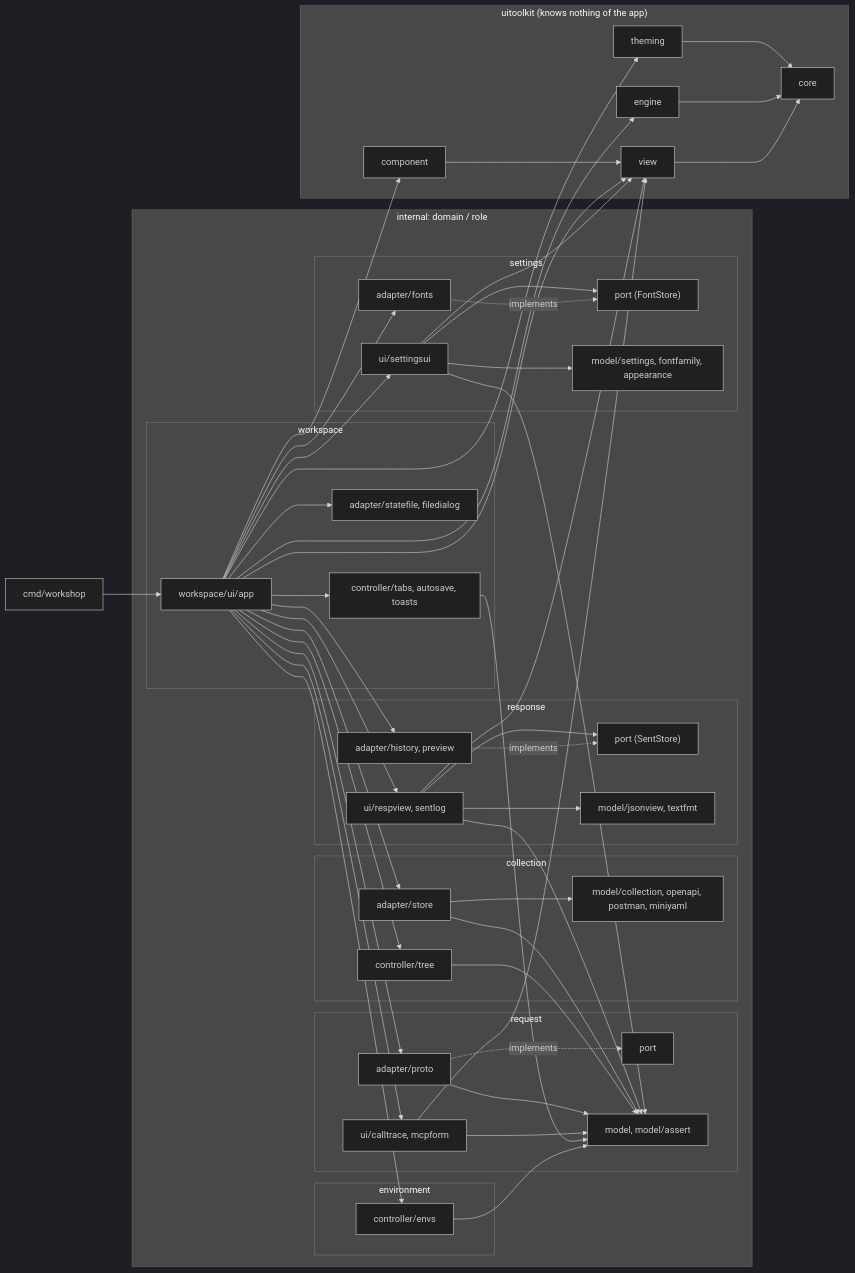
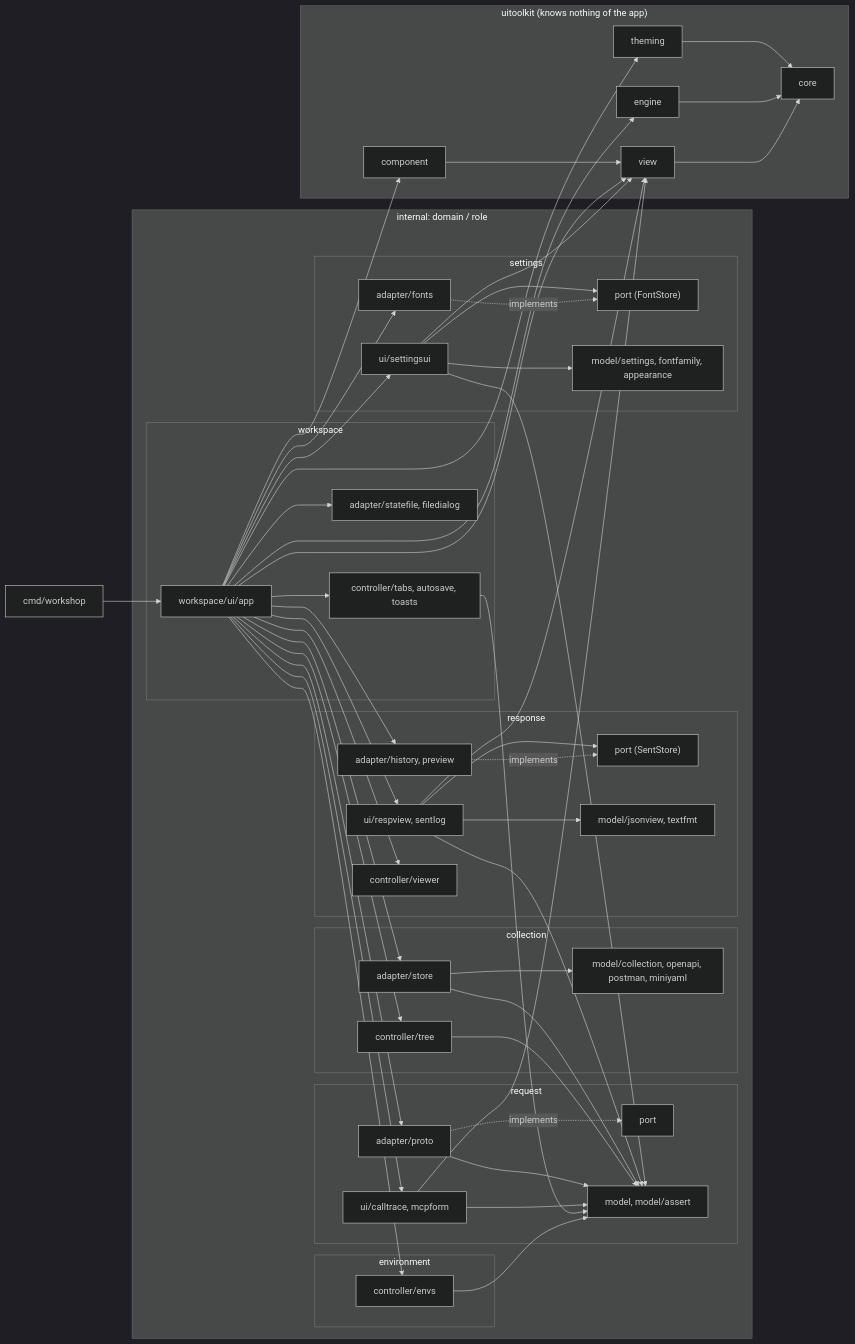
Before and after one commit to gascoigne-ai/gascoigne-workshop: the diagram in .harness/architecture.md, drawn with Mermaid (dark theme). The commit also changed other lines of this file and 7 other files, not shown here.

First line of the commit message:
refactor(response): view choices and find stepping move to controller/viewer

````diff
--- a/.harness/architecture.md
+++ b/.harness/architecture.md
@@ -5,57 +5,58 @@
 ```mermaid
 flowchart LR
   cmd["cmd/workshop"] --> app["workspace/ui/app"]
   subgraph domains["internal: domain / role"]
     subgraph request
       rui["ui/calltrace, mcpform"]
       rad["adapter/proto"]
       rport["port"]
       rmod["model, model/assert"]
     end
     subgraph collection
       cad["adapter/store"]
       cctl["controller/tree"]
       cmod["model/collection, openapi, postman, miniyaml"]
     end
     subgraph response
       sui["ui/respview, sentlog"]
       sport["port (SentStore)"]
       sad["adapter/history, preview"]
       smod["model/jsonview, textfmt"]
+      sctl["controller/viewer"]
     end
     subgraph settings
       tui["ui/settingsui"]
       tport["port (FontStore)"]
       tad["adapter/fonts"]
       tmod["model/settings, fontfamily, appearance"]
     end
     subgraph environment
       ectl["controller/envs"]
     end
     subgraph workspace
       app
       wctl["controller/tabs, autosave, toasts"]
       wad["adapter/statefile, filedialog"]
     end
   end
-  app --> ectl & wctl & cctl
+  app --> ectl & wctl & cctl & sctl
   ectl & wctl & cctl --> rmod
   app --> rui & rad & cad & sui & sad & tui & tad & wad
   rui & rad & cad & sui & tui --> rmod
   rad -. implements .-> rport
   sad -. implements .-> sport
   sui --> sport
   tad -. implements .-> tport
   tui --> tport
   tui --> tmod
   cad --> cmod
   sui --> smod
   subgraph toolkit["uitoolkit (knows nothing of the app)"]
     component["component"] --> view["view"]
     view --> core["core"]
     engine["engine"] --> core
     theming["theming"] --> core
   end
   app --> component & view & engine & theming
   rui & sui & tui --> view
 ```
````
